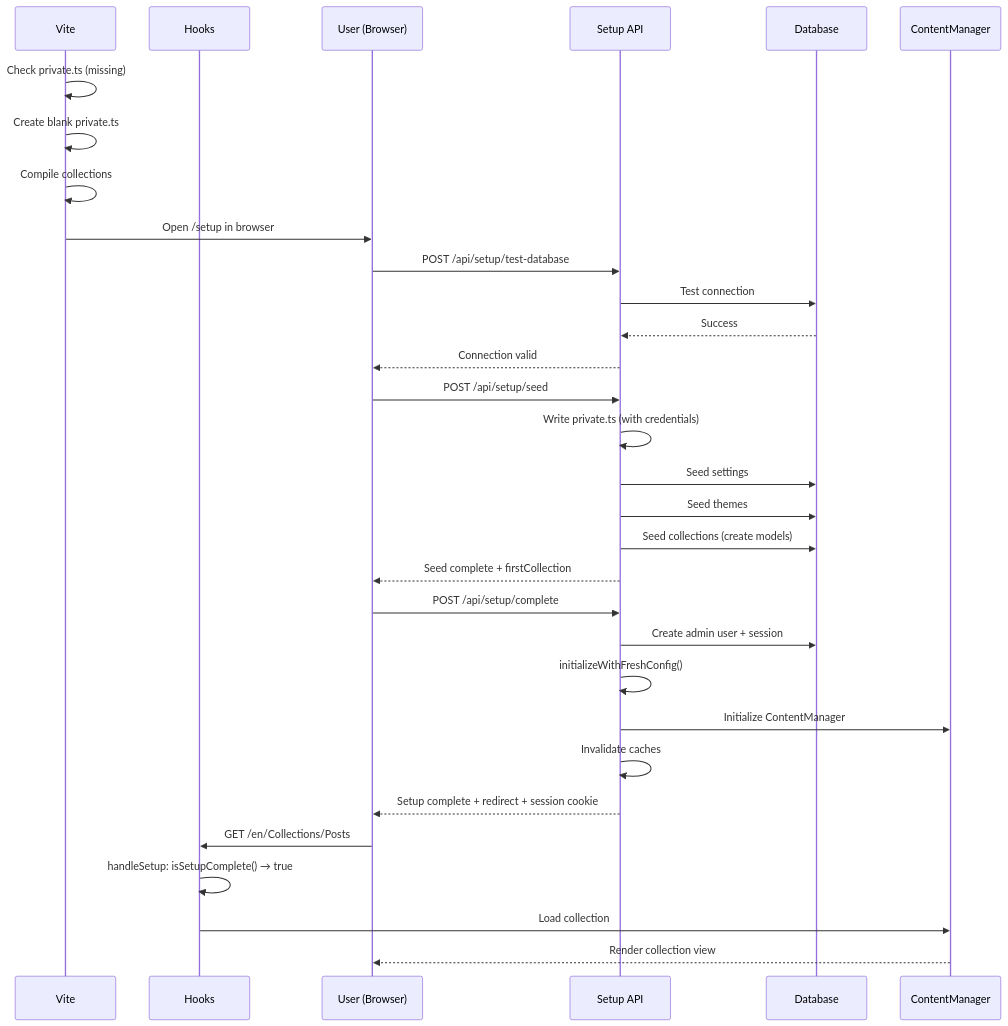
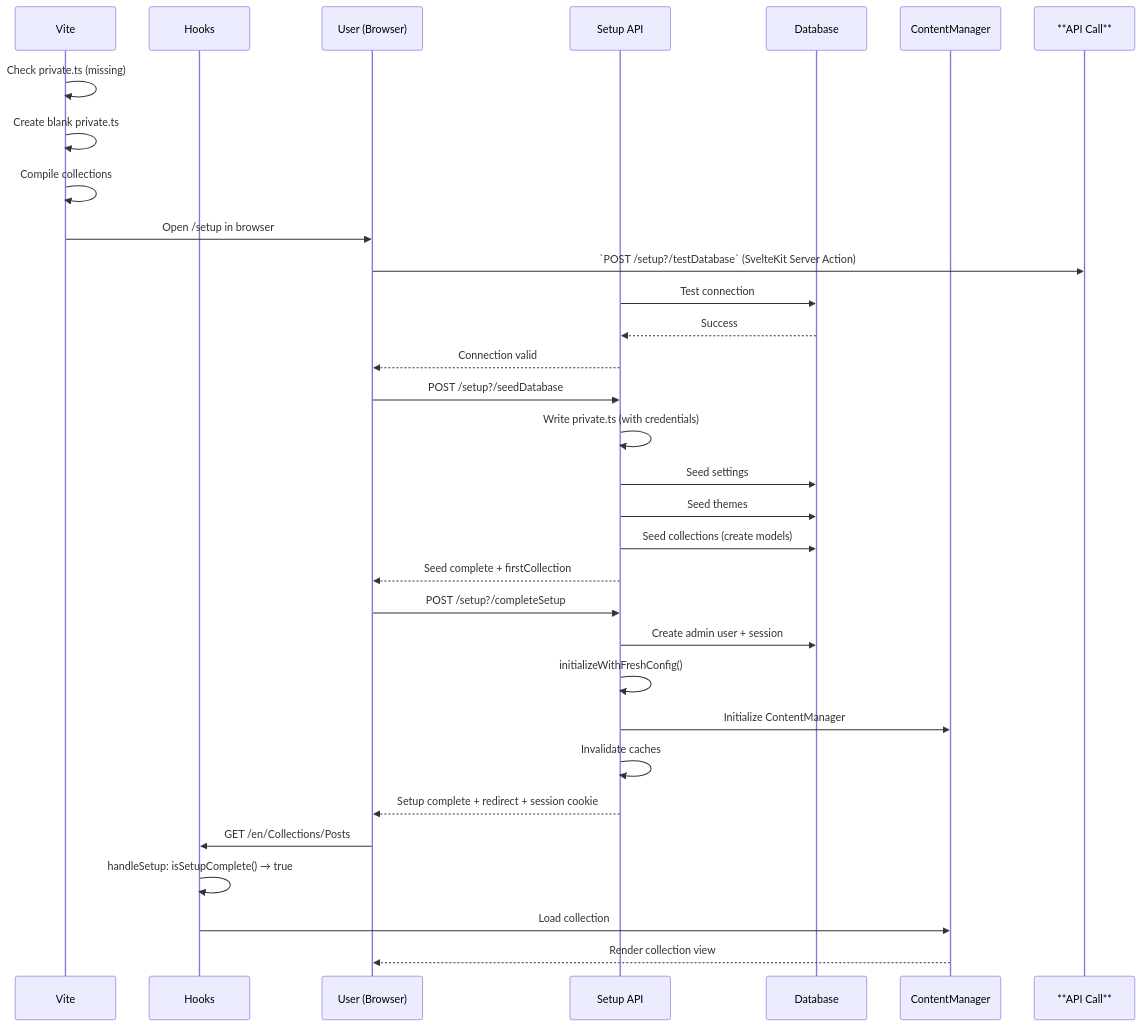
Before and after one commit to SveltyCMS/SveltyCMS: the eighth of 9 diagrams in docs/architecture/initialization-workflow.mdx, drawn with Mermaid. The commit also changed other lines of this file and 90 other files, not shown here.

Commit message:
feat: refactor setup wizard to use SvelteKit Server Actions and detect redis-server, consolidating setup logic and enhancing type safety and performance.

````diff
--- a/docs/architecture/initialization-workflow.mdx
+++ b/docs/architecture/initialization-workflow.mdx
@@ -1370,38 +1368,38 @@
 ```mermaid
 sequenceDiagram
     participant V as Vite
     participant H as Hooks
     participant U as User (Browser)
     participant API as Setup API
     participant DB as Database
     participant CM as ContentManager
 
     V->>V: Check private.ts (missing)
     V->>V: Create blank private.ts
     V->>V: Compile collections
     V->>U: Open /setup in browser
 
-    U->>API: POST /api/setup/test-database
+    U->>**API Call**: `POST /setup?/testDatabase` (SvelteKit Server Action)
     API->>DB: Test connection
     DB-->>API: Success
     API-->>U: Connection valid
 
-    U->>API: POST /api/setup/seed
+    U->>API: POST /setup?/seedDatabase
     API->>API: Write private.ts (with credentials)
     API->>DB: Seed settings
     API->>DB: Seed themes
     API->>DB: Seed collections (create models)
     API-->>U: Seed complete + firstCollection
 
-    U->>API: POST /api/setup/complete
+    U->>API: POST /setup?/completeSetup
     API->>DB: Create admin user + session
     API->>API: initializeWithFreshConfig()
     API->>CM: Initialize ContentManager
     API->>API: Invalidate caches
     API-->>U: Setup complete + redirect + session cookie
 
     U->>H: GET /en/Collections/Posts
     H->>H: handleSetup: isSetupComplete() → true
     H->>CM: Load collection
     CM-->>U: Render collection view
 ```
````
